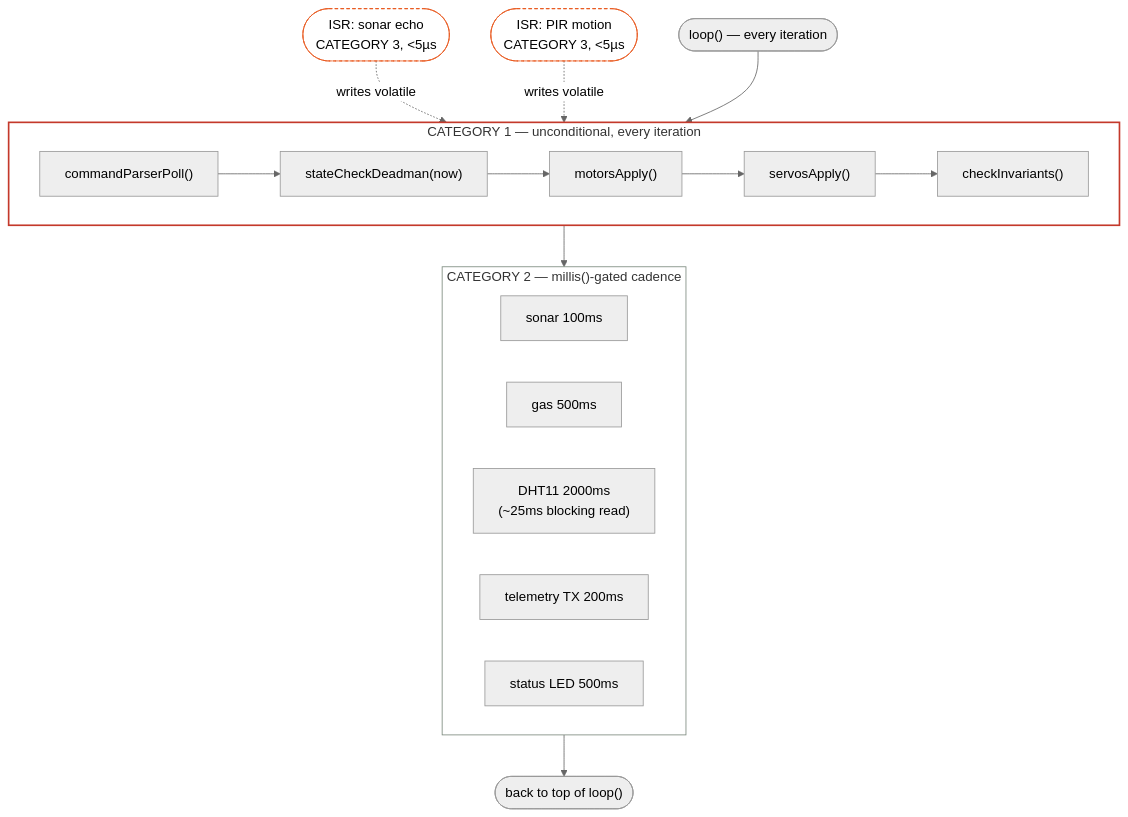
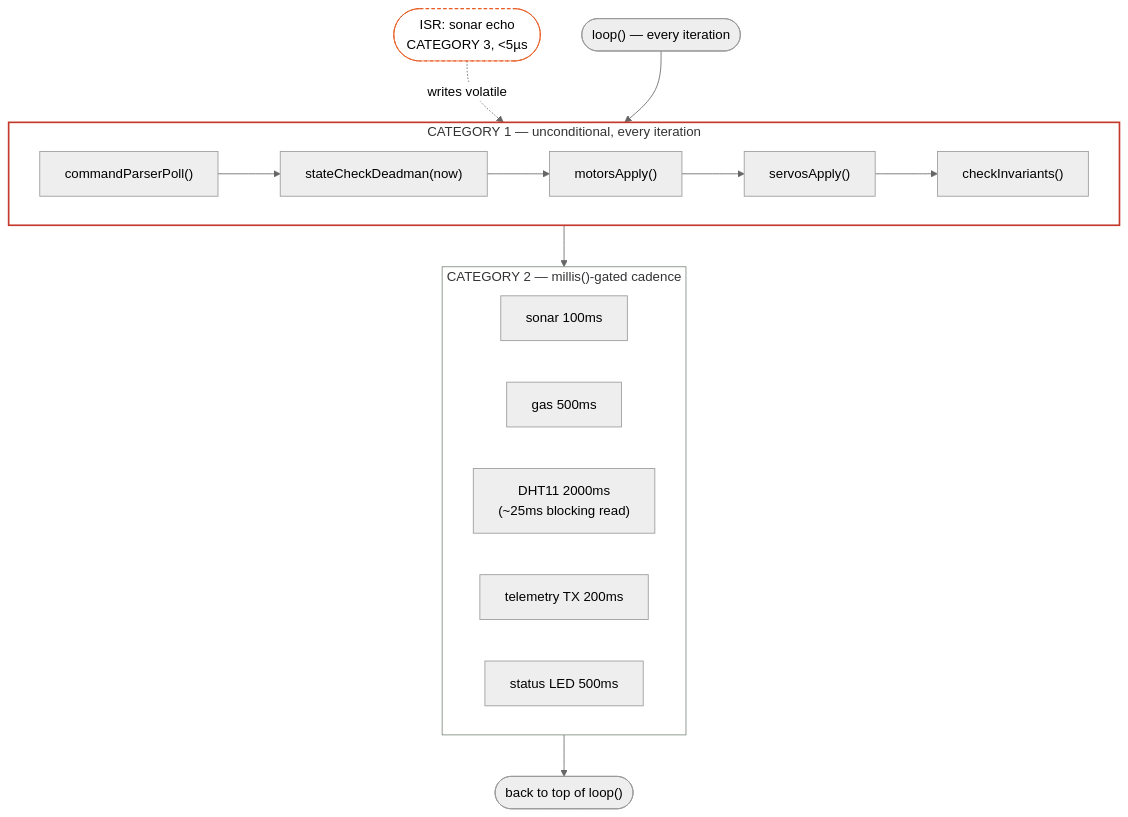
One commit to baiust999/robort-code-from-pi changed the fourth of 13 diagrams in docs/ARCHITECTURE.md. Above: the diagram before and after it, drawn with Mermaid (neutral theme). The commit also changed other lines of this file and 19 other files, not shown here.

First line of the commit message:
Remove HC-SR501 PIR motion sensor from firmware, Pi, dashboard and docs

````diff
--- a/docs/ARCHITECTURE.md
+++ b/docs/ARCHITECTURE.md
@@ -164,32 +164,31 @@
 ```mermaid
 flowchart TD
     start(["loop() — every iteration"]) --> c1
 
     subgraph c1["CATEGORY 1 — unconditional, every iteration"]
         direction LR
         parse["commandParserPoll()"] --> dead["stateCheckDeadman(now)"] --> mot["motorsApply()"] --> srv["servosApply()"] --> inv["checkInvariants()"]
     end
 
     c1 --> c2
 
     subgraph c2["CATEGORY 2 — millis()-gated cadence"]
         direction LR
         sonar["sonar 100ms"]
         gas["gas 500ms"]
         dht["DHT11 2000ms<br/>(~25ms blocking read)"]
         tel["telemetry TX 200ms"]
         led["status LED 500ms"]
     end
 
     c2 --> loopback(["back to top of loop()"])
 
     isr1(["ISR: sonar echo<br/>CATEGORY 3, &lt;5µs"]) -.writes volatile.-> dead
-    isr2(["ISR: PIR motion<br/>CATEGORY 3, &lt;5µs"]) -.writes volatile.-> dead
 
     classDef safety fill:#fff,stroke:#C4392B,stroke-width:2px;
     classDef cadence fill:#fff,stroke:#7C8A7E;
     classDef isr fill:#fff,stroke:#E85A20,stroke-dasharray: 4 3;
     class c1 safety;
     class c2 cadence;
-    class isr1,isr2 isr;
+    class isr1 isr;
 ```
````
